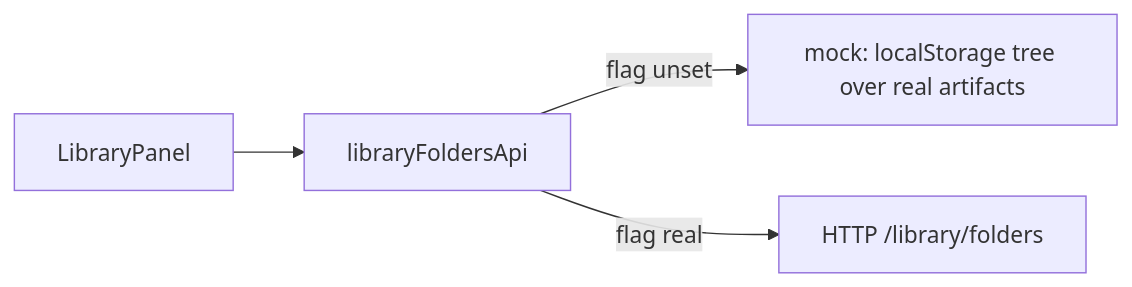
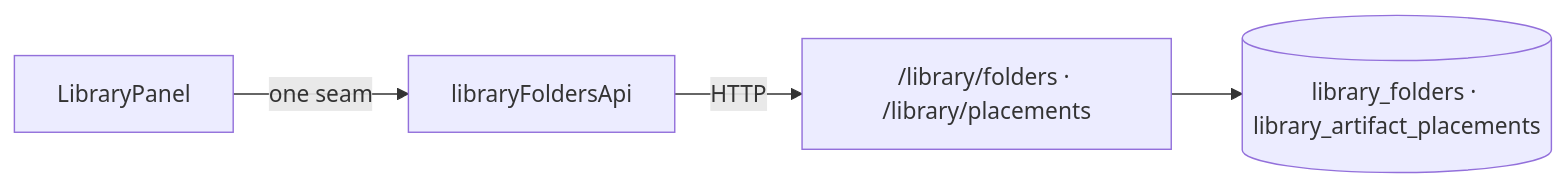
One commit to artpods56/grafY changed the diagram in docs/design/workbench-side-panel.md. Above: the diagram before and after it, drawn with Mermaid. The commit also changed other lines of this file and 1 other file, not shown here.

First line of the commit message:
docs(library): describe the folder routes instead of the mock

````diff
--- a/docs/design/workbench-side-panel.md
+++ b/docs/design/workbench-side-panel.md
@@ -155,6 +173,6 @@
 ```mermaid
 graph LR
-    A[LibraryPanel] --> B[libraryFoldersApi]
-    B -->|flag unset| C[mock: localStorage tree over real artifacts]
-    B -->|flag real| D[HTTP /library/folders]
+    A[LibraryPanel] -->|one seam| B[libraryFoldersApi]
+    B -->|HTTP| C["/library/folders · /library/placements"]
+    C --> D[("library_folders · library_artifact_placements")]
 ```
````
